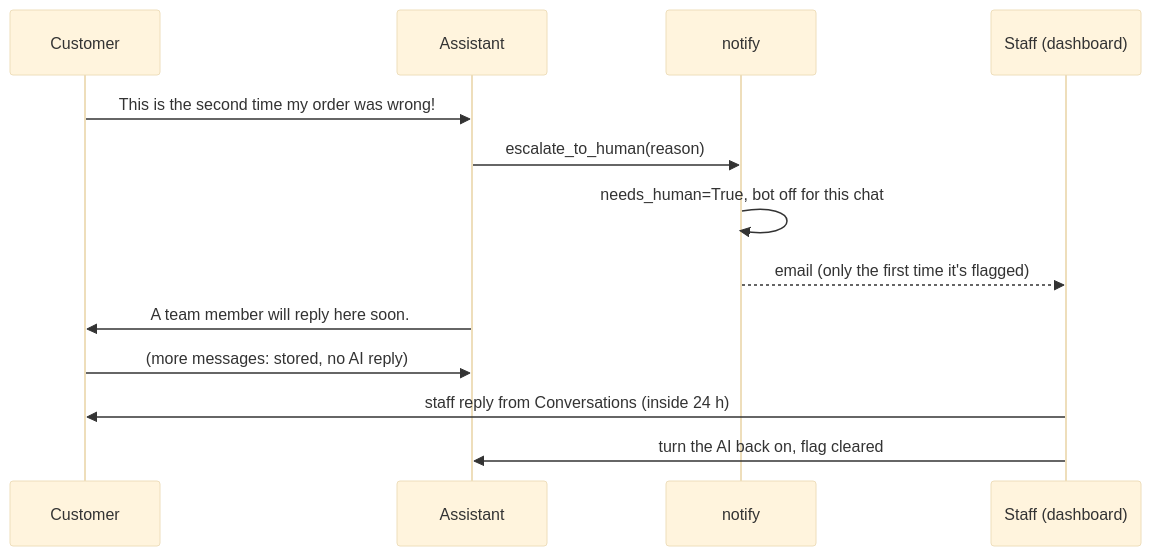
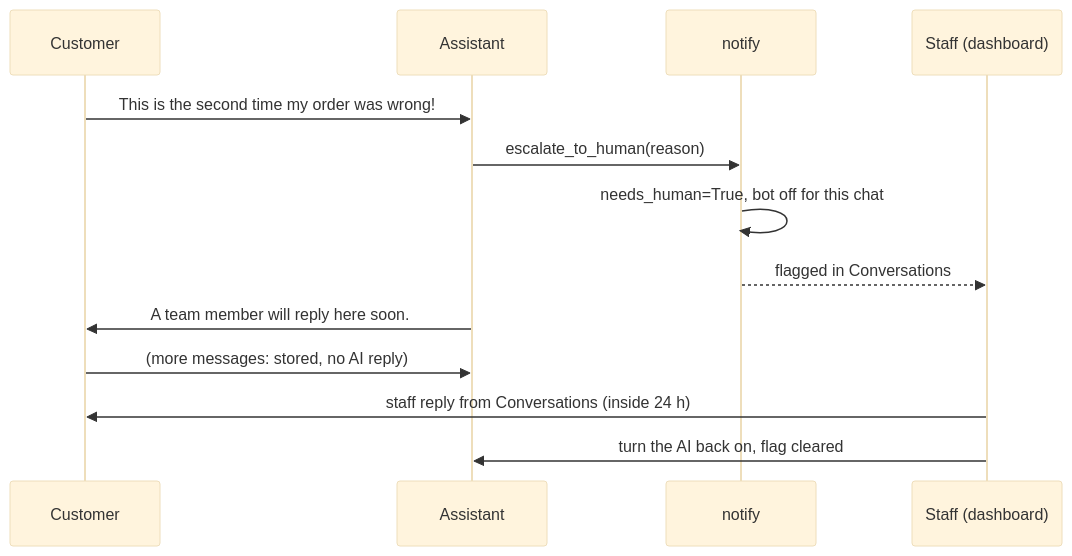
Before and after one commit to NiloyBhattacharjee/MITUai: diagram 18 of 28 in README.md, drawn with Mermaid (base theme). The commit also changed other lines of this file and 18 other files, not shown here.

````diff
--- a/README.md
+++ b/README.md
@@ -659,15 +642,15 @@
 ```mermaid
 sequenceDiagram
     participant C as Customer
     participant A as Assistant
     participant N as notify
     participant S as Staff (dashboard)
     C->>A: This is the second time my order was wrong!
     A->>N: escalate_to_human(reason)
     N->>N: needs_human=True, bot off for this chat
-    N-->>S: email (only the first time it's flagged)
+    N-->>S: flagged in Conversations
     A->>C: A team member will reply here soon.
     C->>A: (more messages: stored, no AI reply)
     S->>C: staff reply from Conversations (inside 24 h)
     S->>A: turn the AI back on, flag cleared
 ```
````
